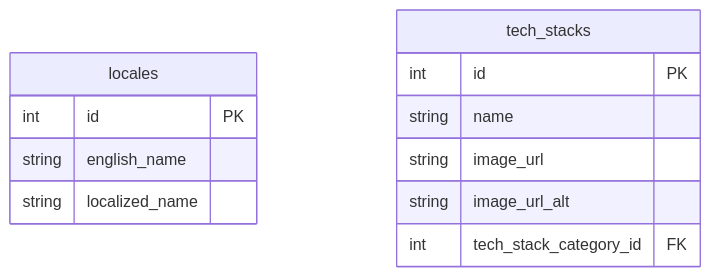
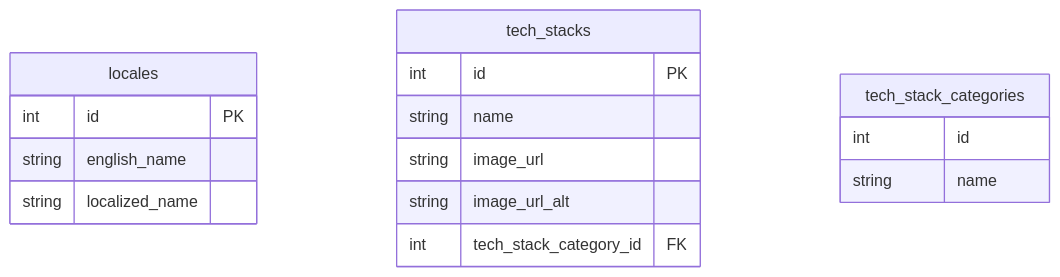
Before and after one commit to fadhilahm/personal-website: the diagram in docs/design/Database Design.md, drawn with Mermaid. The commit also changed other lines of this file, not shown here.

Commit message:
Add tech_stack_categories table to Database Design documentation with explanation

````diff
--- a/docs/design/Database Design.md
+++ b/docs/design/Database Design.md
@@ -5,19 +5,24 @@
 ```mermaid
 
 erDiagram
 
     locales {
         int     id              PK
         string  english_name
         string  localized_name
     }
 
     tech_stacks {
         int     id                      PK
         string  name
         string  image_url
         string  image_url_alt
         int     tech_stack_category_id  FK
     }
 
+    tech_stack_categories {
+        int     id
+        string  name
+    }
+
 ```
````
